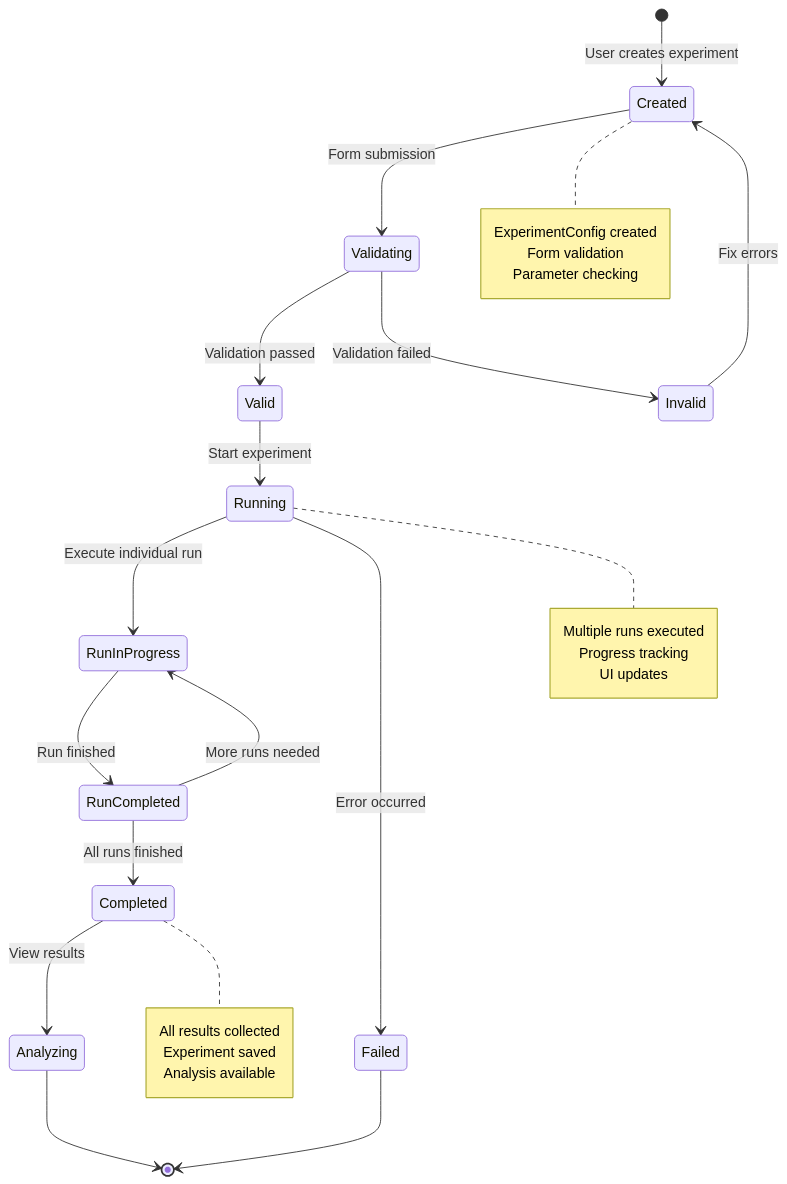
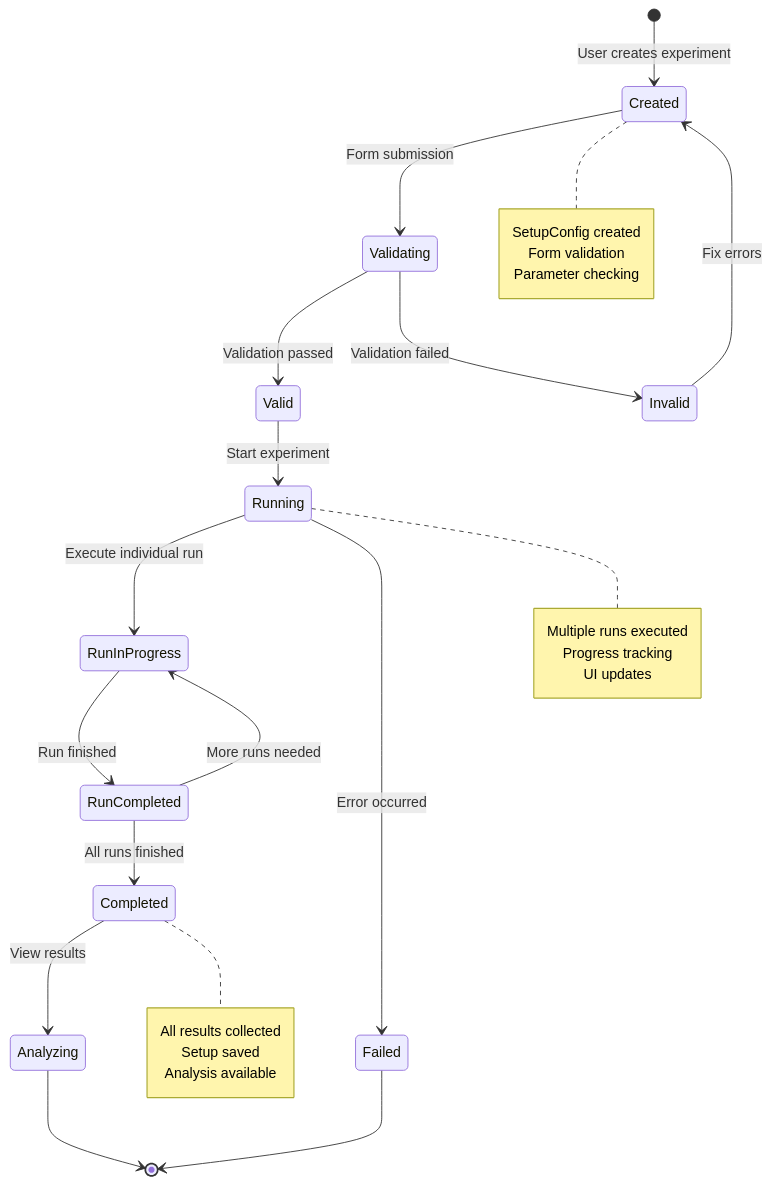
One commit to aghilhooshmand/UGE changed the fifth of 8 diagrams in ARCHITECTURE_DIAGRAMS.md. Above: the diagram before and after it, drawn with Mermaid. The commit also changed other lines of this file and 24 other files, not shown here.

````diff
--- a/ARCHITECTURE_DIAGRAMS.md
+++ b/ARCHITECTURE_DIAGRAMS.md
@@ -414,40 +414,40 @@
 ```mermaid
 stateDiagram-v2
     [*] --> Created: User creates experiment
     
     Created --> Validating: Form submission
     Validating --> Valid: Validation passed
     Validating --> Invalid: Validation failed
     Invalid --> Created: Fix errors
     
     Valid --> Running: Start experiment
     Running --> RunInProgress: Execute individual run
     
     RunInProgress --> RunCompleted: Run finished
     RunCompleted --> RunInProgress: More runs needed
     RunCompleted --> Completed: All runs finished
     
     Running --> Failed: Error occurred
     Failed --> [*]
     
     Completed --> Analyzing: View results
     Analyzing --> [*]
     
     note right of Created
-        ExperimentConfig created
+        SetupConfig created
         Form validation
         Parameter checking
     end note
     
     note right of Running
         Multiple runs executed
         Progress tracking
         UI updates
     end note
     
     note right of Completed
         All results collected
-        Experiment saved
+        Setup saved
         Analysis available
     end note
 ```
````
